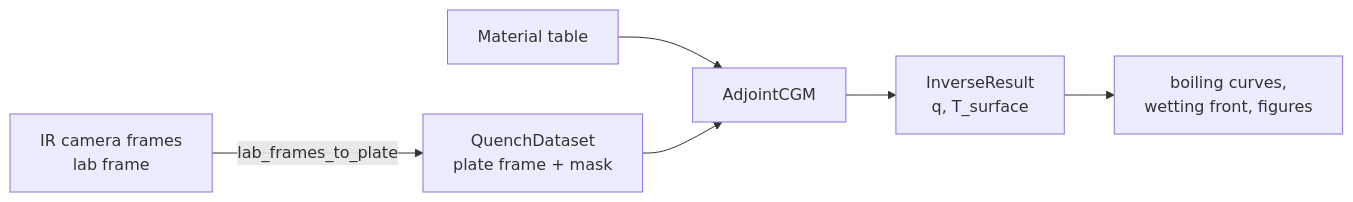
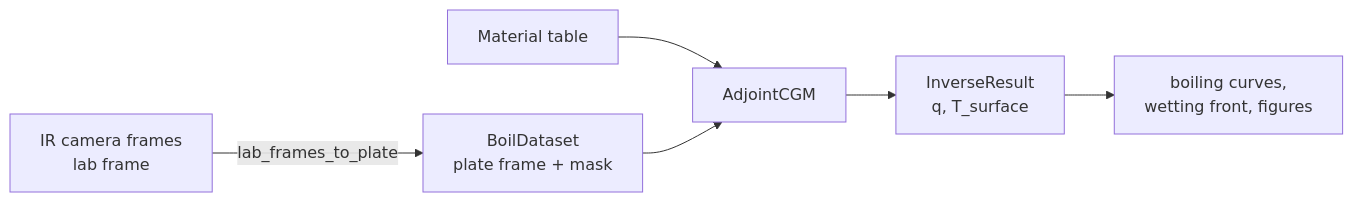
The diagram in docs/user-guide/index.md (suresh-gopalkrishna/boilflux), drawn with Mermaid before and after one commit. The commit also changed other lines of this file and 71 other files, not shown here.

First line of the commit message:
Rename QuenchFlux to BoilFlux

````diff
--- a/docs/user-guide/index.md
+++ b/docs/user-guide/index.md
@@ -14,8 +14,8 @@
 ```mermaid
 flowchart LR
-  A[IR camera frames<br/>lab frame] -->|lab_frames_to_plate| B[QuenchDataset<br/>plate frame + mask]
+  A[IR camera frames<br/>lab frame] -->|lab_frames_to_plate| B[BoilDataset<br/>plate frame + mask]
   M[Material table] --> C
   B --> C[AdjointCGM]
   C --> D[InverseResult<br/>q, T_surface]
   D --> E[boiling curves,<br/>wetting front, figures]
 ```
````
